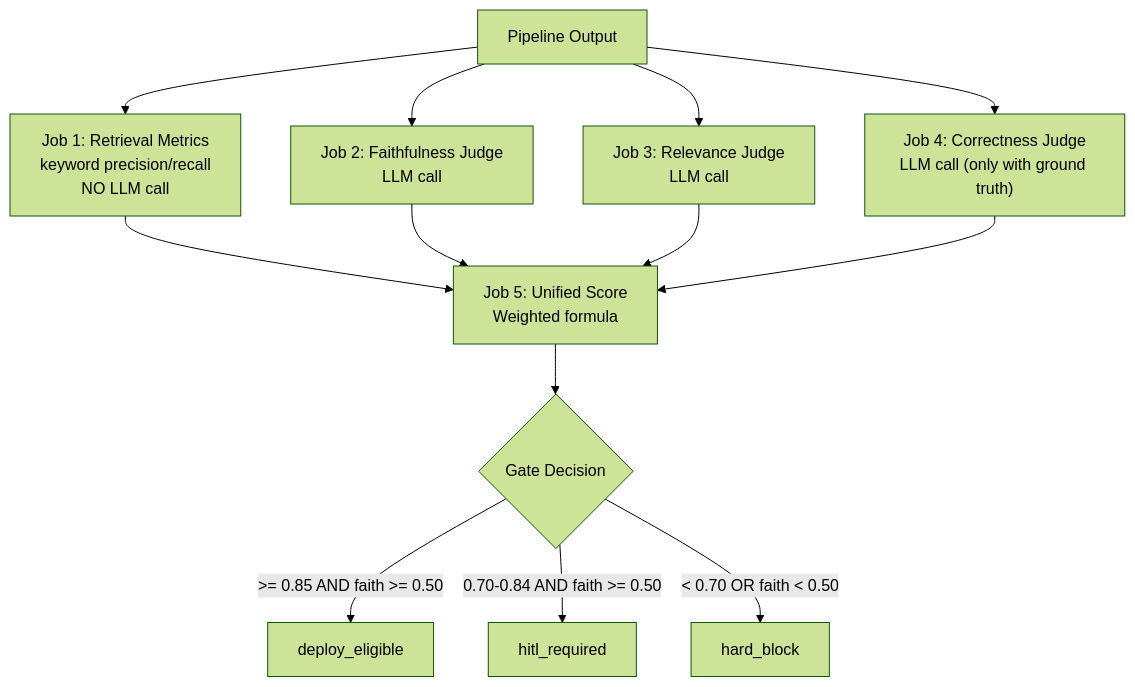
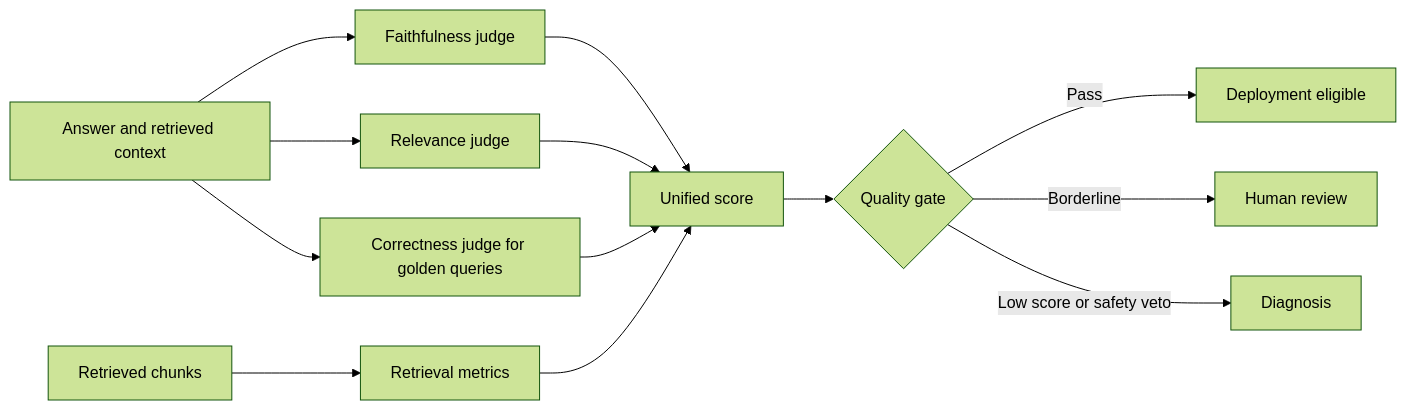
Before and after one commit to KUMAR-MOHANRAJAN/genai-projects: the fifth of 7 diagrams in self-improving-rag/Self_Improving_RAG_Guide.md, drawn with Mermaid (forest theme). The commit also changed other lines of this file and 7 other files, not shown here.

````diff
--- a/self-improving-rag/Self_Improving_RAG_Guide.md
+++ b/self-improving-rag/Self_Improving_RAG_Guide.md
@@ -316,17 +220,15 @@
 ```mermaid
-flowchart TD
-    A[Pipeline Output] --> B[Job 1: Retrieval Metrics\nkeyword precision/recall\nNO LLM call]
-    A --> C[Job 2: Faithfulness Judge\nLLM call]
-    A --> D[Job 3: Relevance Judge\nLLM call]
-    A --> E["Job 4: Correctness Judge\nLLM call (only with ground truth)"]
-
-    B --> F[Job 5: Unified Score\nWeighted formula]
-    C --> F
-    D --> F
-    E --> F
-
-    F --> G{Gate Decision}
-    G -->|">= 0.85 AND faith >= 0.50"| H[deploy_eligible]
-    G -->|"0.70-0.84 AND faith >= 0.50"| I[hitl_required]
-    G -->|"< 0.70 OR faith < 0.50"| J[hard_block]
+flowchart LR
+   A[Answer and retrieved context] --> B[Faithfulness judge]
+   A --> C[Relevance judge]
+   A --> D[Correctness judge for golden queries]
+   E[Retrieved chunks] --> F[Retrieval metrics]
+   B --> G[Unified score]
+   C --> G
+   D --> G
+   F --> G
+   G --> H{Quality gate}
+   H -->|Pass| I[Deployment eligible]
+   H -->|Borderline| J[Human review]
+   H -->|Low score or safety veto| K[Diagnosis]
 ```
````
